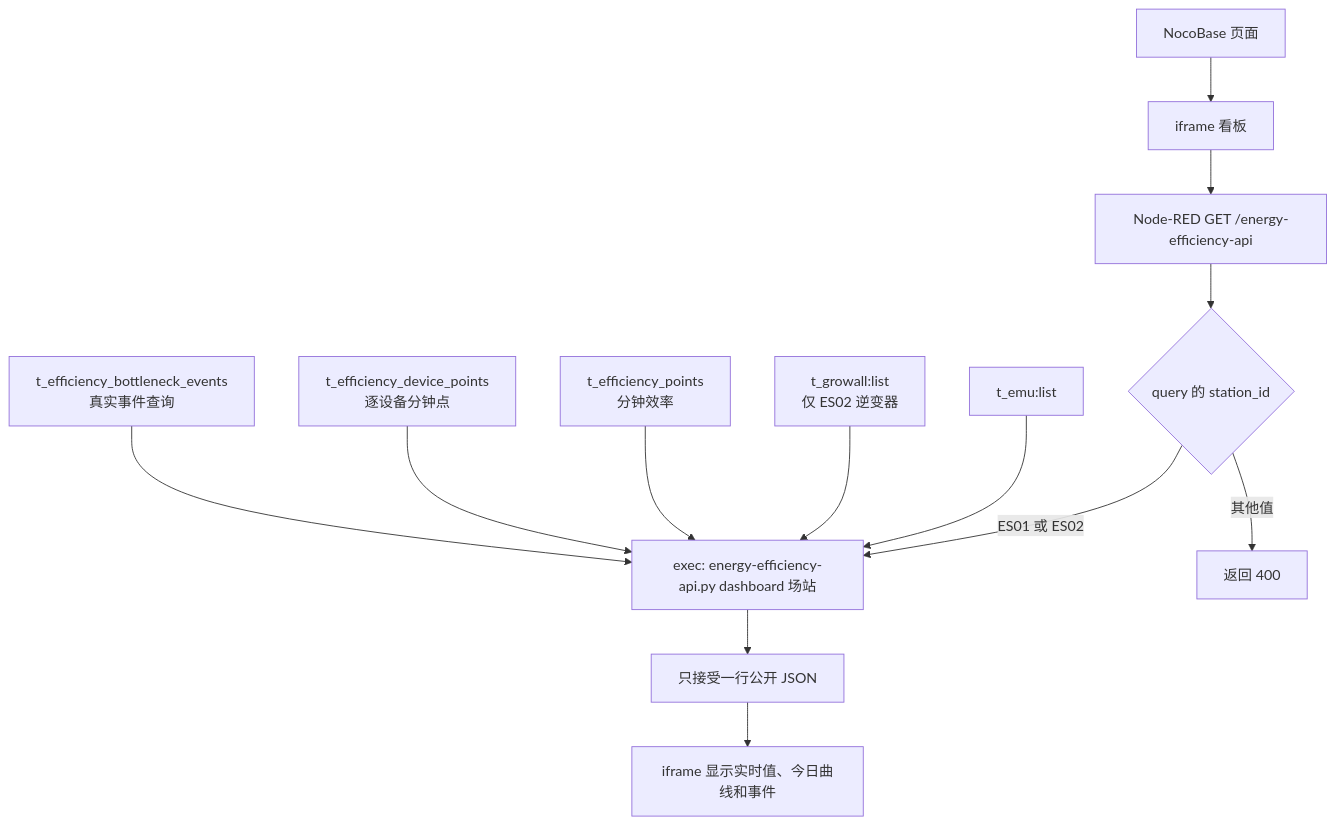
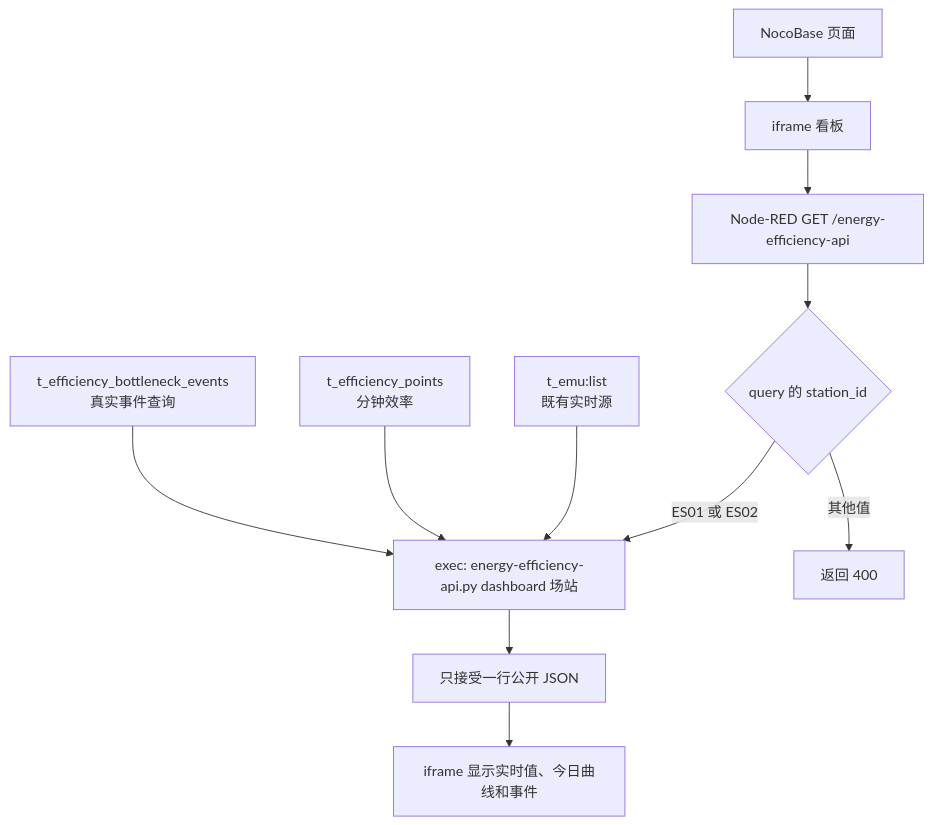
Before and after one commit to hua-js/vifa-en: the first of 3 diagrams in m2/M2线上部署流程图.md, drawn with Mermaid. The commit also changed other lines of this file and 17 other files, not shown here.

````diff
--- a/m2/M2线上部署流程图.md
+++ b/m2/M2线上部署流程图.md
@@ -11,16 +11,14 @@
 ```mermaid
 flowchart TD
     A[NocoBase 页面] --> B[iframe 看板]
     B --> C[Node-RED GET /energy-efficiency-api]
     C --> D{query 的 station_id}
     D -->|ES01 或 ES02| E[exec: energy-efficiency-api.py dashboard 场站]
     D -->|其他值| F[返回 400]
     E --> G[只接受一行公开 JSON]
     G --> H[iframe 显示实时值、今日曲线和事件]
 
-    I[t_emu:list] --> E
-    J[t_growall:list<br/>仅 ES02 逆变器] --> E
+    I[t_emu:list<br/>既有实时源] --> E
     K[t_efficiency_points<br/>分钟效率] --> E
-    L[t_efficiency_device_points<br/>逐设备分钟点] --> E
     M[t_efficiency_bottleneck_events<br/>真实事件查询] --> E
 ```
````
